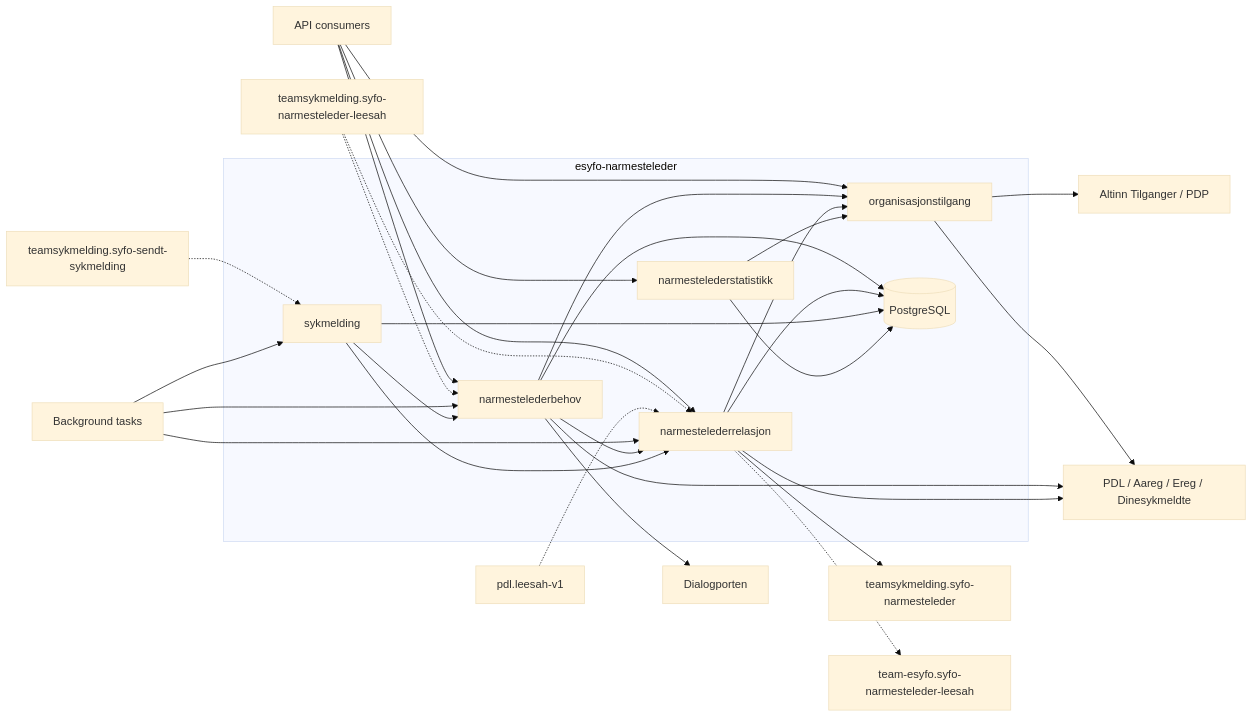
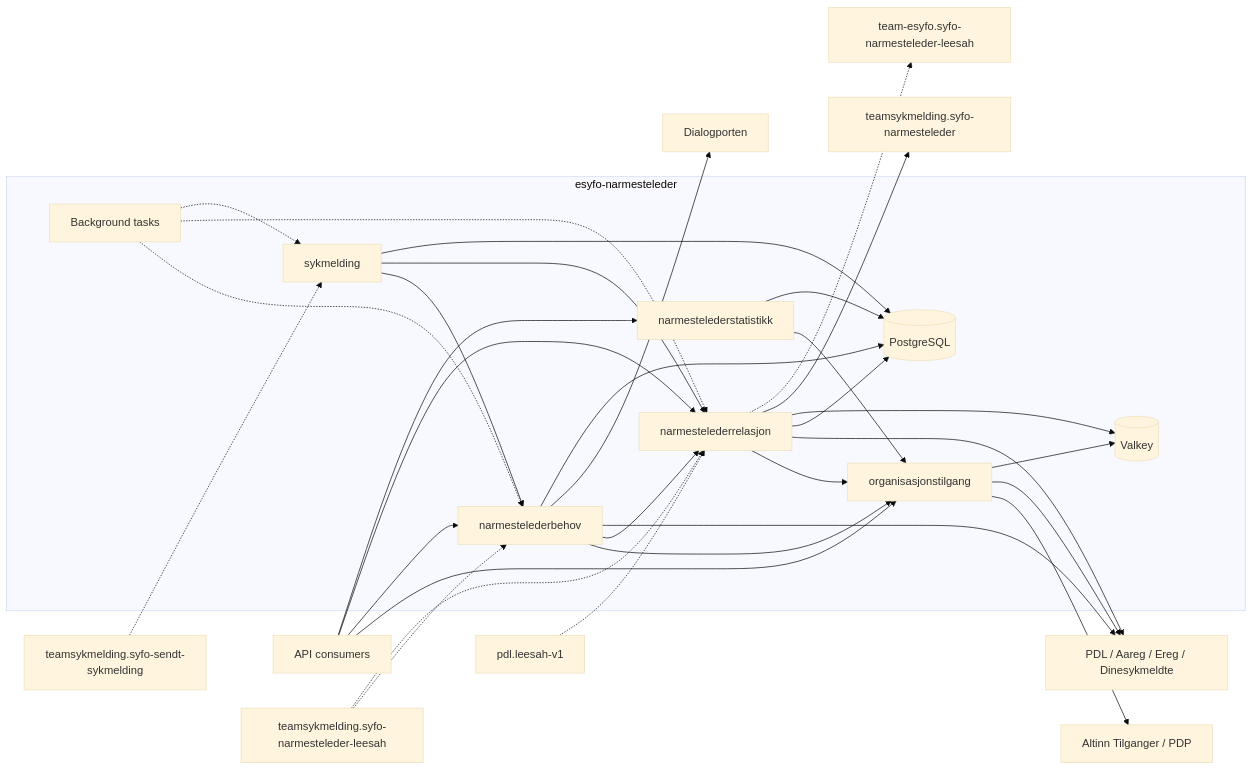
The first of 8 diagrams in docs/data-flow.md (navikt/esyfo-narmesteleder), drawn with Mermaid (base theme) before and after one commit. The commit also changed other lines of this file and 1 other file, not shown here.

Commit message:
docs: address data flow review

````diff
--- a/docs/data-flow.md
+++ b/docs/data-flow.md
@@ -17,57 +17,60 @@
 ```mermaid
 flowchart LR
     callers[API consumers]
     sendtTopic[teamsykmelding.syfo-sendt-sykmelding]
     sourceLeesah[teamsykmelding.syfo-narmesteleder-leesah]
     pdlLeesah[pdl.leesah-v1]
-    tasks[Background tasks]
 
     subgraph app[esyfo-narmesteleder]
         access[organisasjonstilgang]
         behov[narmestelederbehov]
         relation[narmestelederrelasjon]
         sykmelding[sykmelding]
         statistics[narmestelederstatistikk]
+        tasks[Background tasks]
         db[(PostgreSQL)]
+        cache[(Valkey)]
     end
 
     external[PDL / Aareg / Ereg / Dinesykmeldte]
     altinn[Altinn Tilganger / PDP]
     dialogporten[Dialogporten]
     commandTopic[teamsykmelding.syfo-narmesteleder]
     esyfoLeesah[team-esyfo.syfo-narmesteleder-leesah]
 
     callers --> access
     callers --> behov
     callers --> relation
     callers --> statistics
 
     sendtTopic -.-> sykmelding
     sourceLeesah -.-> behov
     sourceLeesah -.-> relation
     pdlLeesah -.-> relation
-    tasks --> behov
-    tasks --> relation
-    tasks --> sykmelding
+    tasks -.-> behov
+    tasks -.-> relation
+    tasks -.-> sykmelding
 
     behov --> access
     behov --> relation
     sykmelding --> behov
     sykmelding --> relation
     relation --> access
     statistics --> access
 
     access --> altinn
     access --> external
     behov --> external
     relation --> external
     behov --> dialogporten
 
     behov --> db
     relation --> db
     sykmelding --> db
     statistics --> db
+    access --> cache
+    relation --> cache
 
     relation --> commandTopic
     relation -.-> esyfoLeesah
 ```
````
